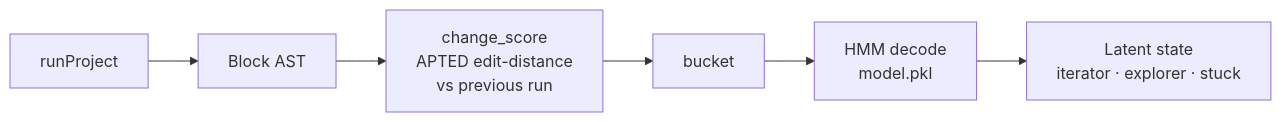
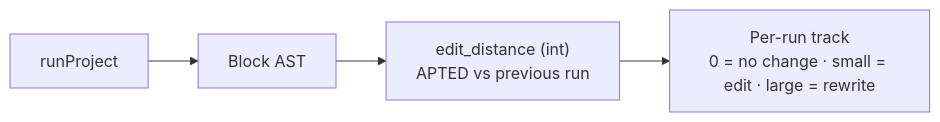
The second of 3 diagrams in docs/concepts/write-path.md (InviteInstitute/lm-dashboard), drawn with Mermaid before and after one commit. The commit also changed other lines of this file and 13 other files, not shown here.

First line of the commit message:
Rewrite docs for the edit-distance trigger model; add mkdocs to requirements

````diff
--- a/docs/concepts/write-path.md
+++ b/docs/concepts/write-path.md
@@ -98,8 +101,6 @@
 ```mermaid
 flowchart LR
     run["runProject"] --> ast["Block AST"]
-    ast --> cs["change_score<br/>APTED edit-distance<br/>vs previous run"]
-    cs --> bucket["bucket"]
-    bucket --> hmm["HMM decode<br/>model.pkl"]
-    hmm --> state["Latent state<br/>iterator · explorer · stuck"]
+    ast --> ed["edit_distance (int)<br/>APTED vs previous run"]
+    ed --> track["Per-run track<br/>0 = no change · small = edit · large = rewrite"]
 ```
````
